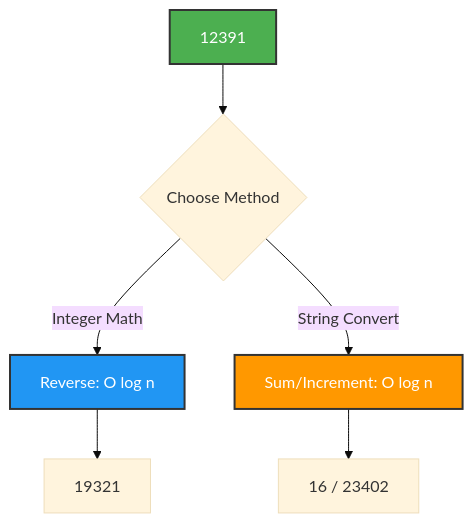
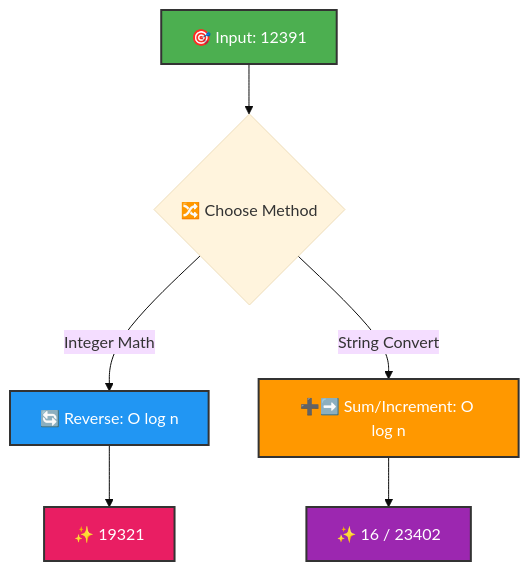
One commit to LuthandoCandlovu/sarao-technical-challenge changed the second of 2 diagrams in project-4/README.md. Above: the diagram before and after it, drawn with Mermaid (base theme). The commit also changed other lines of this file, not shown here.

````diff
--- a/project-4/README.md
+++ b/project-4/README.md
@@ -270,13 +505,15 @@
 ```mermaid
 graph TD
-    A[12391] --> B{Choose Method}
-    B -->|Integer Math| C[Reverse: O log n ]
-    B -->|String Convert| D[Sum/Increment: O log n ]
+    A[🎯 Input: 12391] --> B{🔀 Choose Method}
+    B -->|Integer Math| C[🔄 Reverse: O log n ]
+    B -->|String Convert| D[➕➡️ Sum/Increment: O log n ]
 
-    C --> E[19321]
-    D --> F[16 / 23402]
+    C --> E[✨ 19321]
+    D --> F[✨ 16 / 23402]
 
     style A fill:#4CAF50,stroke:#333,stroke-width:2px,color:#fff
     style C fill:#2196F3,stroke:#333,stroke-width:2px,color:#fff
     style D fill:#FF9800,stroke:#333,stroke-width:2px,color:#fff
+    style E fill:#E91E63,stroke:#333,stroke-width:2px,color:#fff
+    style F fill:#9C27B0,stroke:#333,stroke-width:2px,color:#fff
 ```
````
